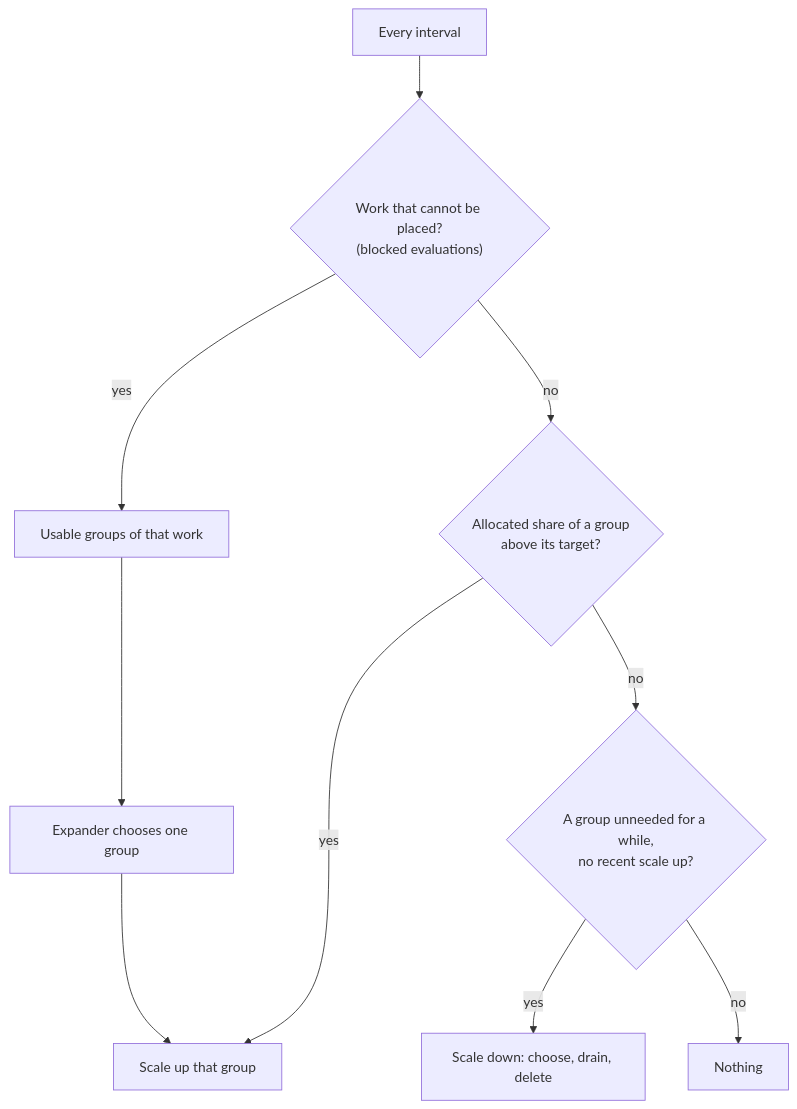
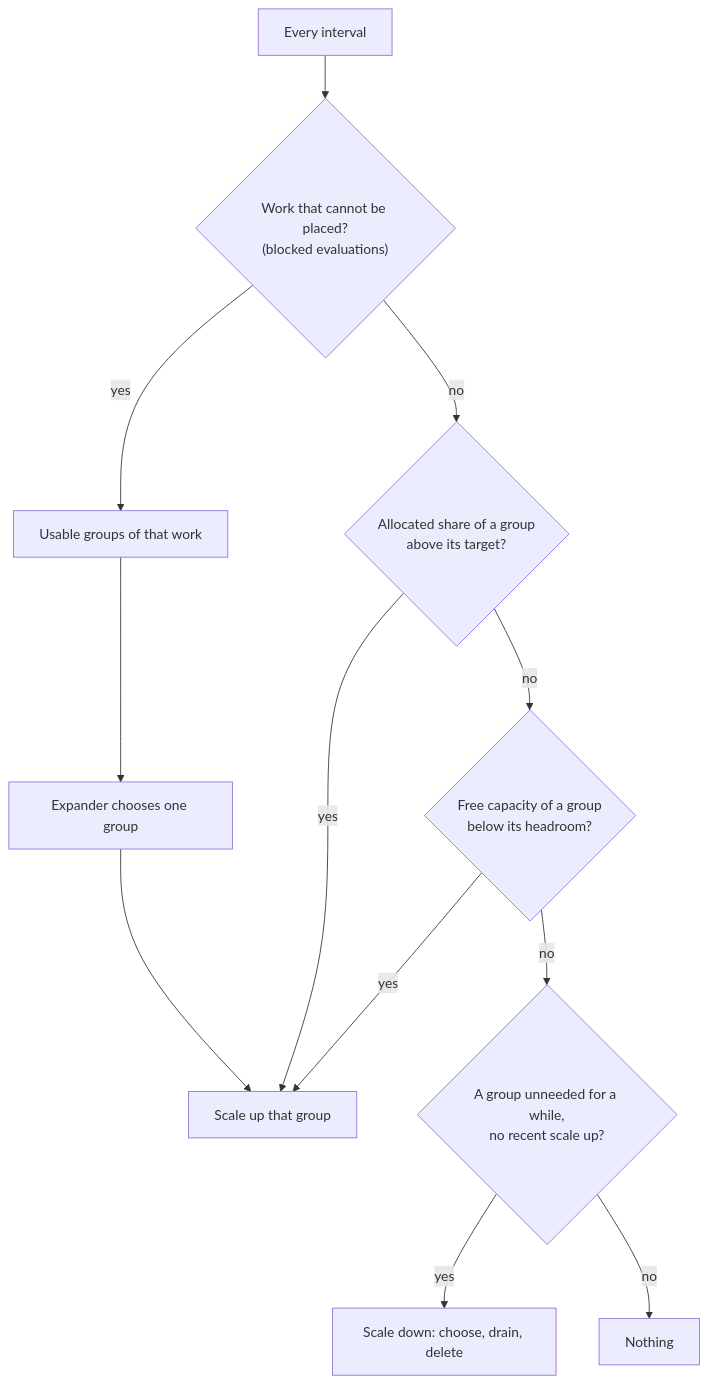
Before and after one commit to bacanoo-io/norca-doc: the sixth of 10 diagrams in content/docs/design/cluster-scaling-plan.md, drawn with Mermaid. The commit also changed other lines of this file, not shown here.

Commit message:
Cluster scaling plan: consistency pass (empty selector, headroom, expander priority, validation)

````diff
--- a/content/docs/design/cluster-scaling-plan.md
+++ b/content/docs/design/cluster-scaling-plan.md
@@ -244,12 +247,14 @@
 ```mermaid
 flowchart TB
   T["Every interval"] --> B{"Work that cannot be placed?<br/>(blocked evaluations)"}
   B -- "yes" --> UG["Usable groups of that work"]
   UG --> X["Expander chooses one group"]
   X --> UP["Scale up that group"]
   B -- "no" --> A{"Allocated share of a group<br/>above its target?"}
   A -- "yes" --> UP
-  A -- "no" --> D{"A group unneeded for a while,<br/>no recent scale up?"}
+  A -- "no" --> H{"Free capacity of a group<br/>below its headroom?"}
+  H -- "yes" --> UP
+  H -- "no" --> D{"A group unneeded for a while,<br/>no recent scale up?"}
   D -- "yes" --> S["Scale down: choose, drain, delete"]
   D -- "no" --> N["Nothing"]
 ```
````
